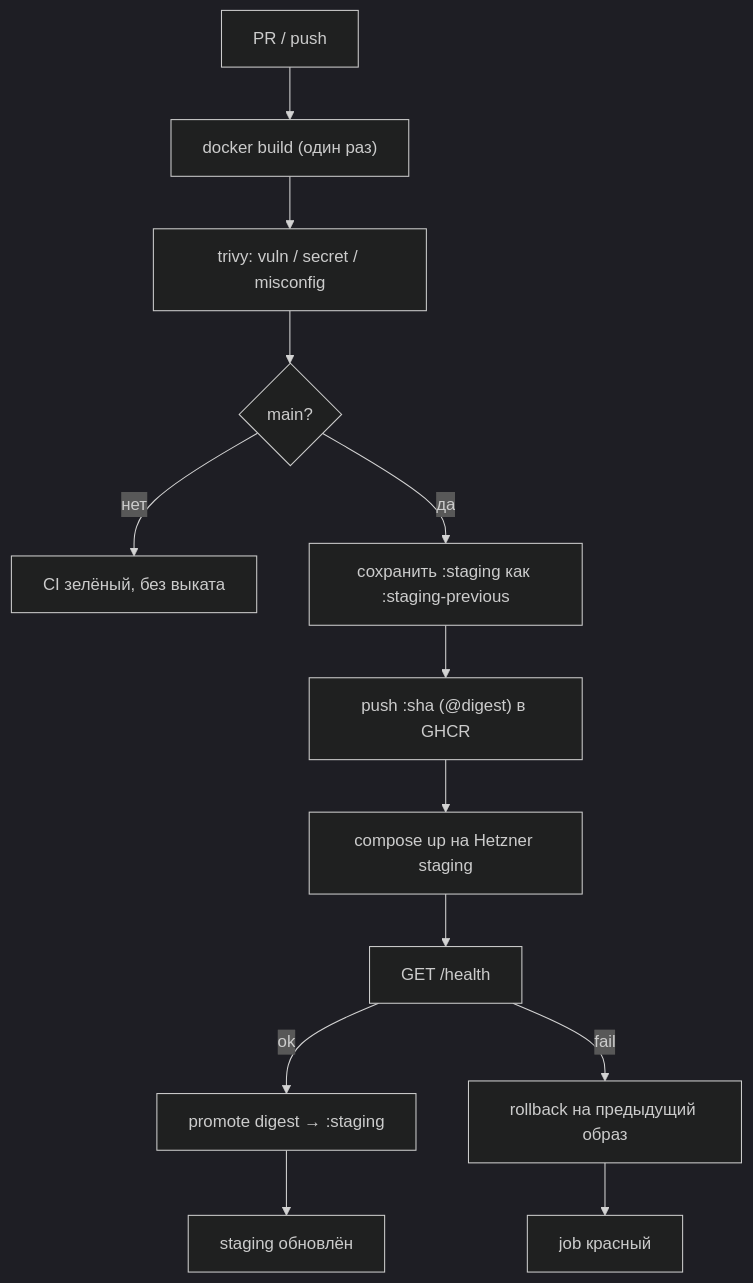
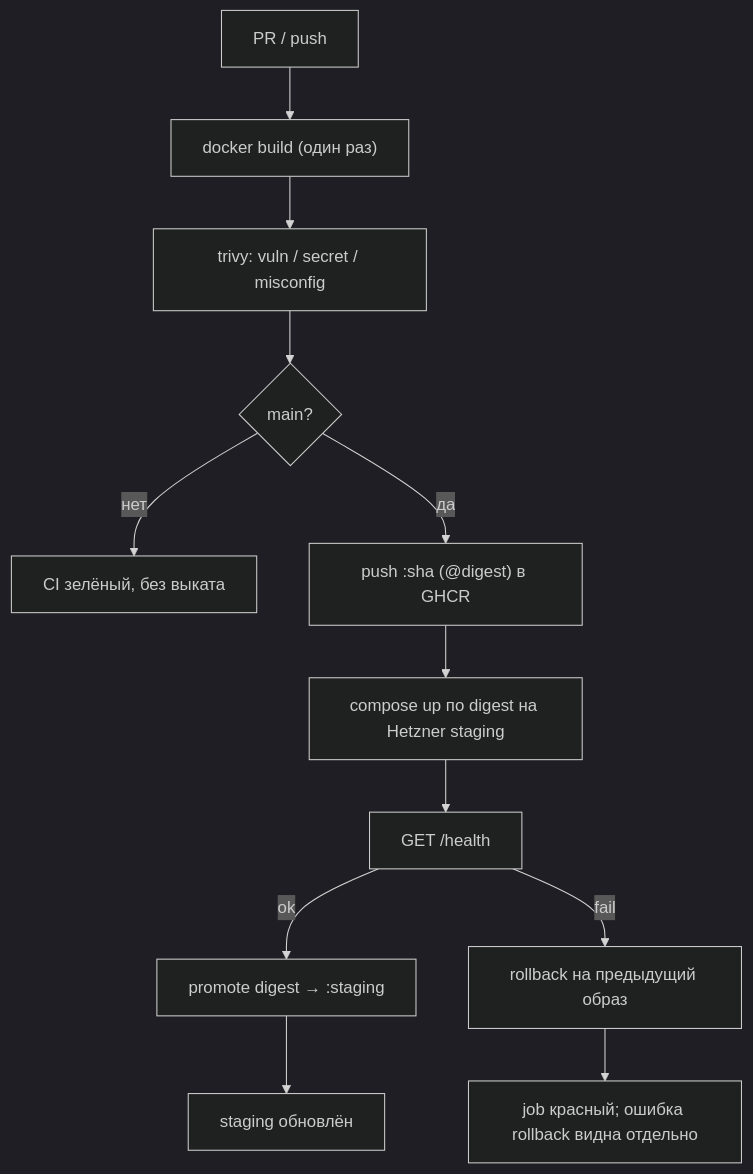
One commit to larchanka-training/dmc-268-ui-t6 changed the diagram in docs/CICD.md. Above: the diagram before and after it, drawn with Mermaid (dark theme). The commit also changed other lines of this file and 2 other files, not shown here.

First line of the commit message:
Fix PR #28 CI/CD hardening for staging deploy and rollback.

````diff
--- a/docs/CICD.md
+++ b/docs/CICD.md
@@ -15,15 +15,14 @@
 ```mermaid
 flowchart TD
   pr["PR / push"] --> build["docker build (один раз)"]
   build --> scan["trivy: vuln / secret / misconfig"]
   scan --> gate{"main?"}
   gate -->|нет| stop["CI зелёный, без выката"]
-  gate -->|да| prev["сохранить :staging как :staging-previous"]
-  prev --> push["push :sha (@digest) в GHCR"]
-  push --> deploy["compose up на Hetzner staging"]
+  gate -->|да| push["push :sha (@digest) в GHCR"]
+  push --> deploy["compose up по digest на Hetzner staging"]
   deploy --> health["GET /health"]
   health -->|ok| promote["promote digest → :staging"]
   promote --> done["staging обновлён"]
   health -->|fail| rb["rollback на предыдущий образ"]
-  rb --> fail["job красный"]
+  rb --> fail["job красный; ошибка rollback видна отдельно"]
 ```
````
